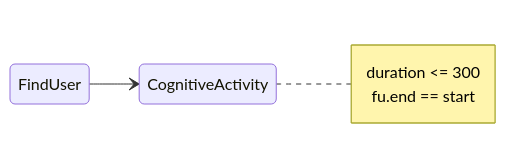
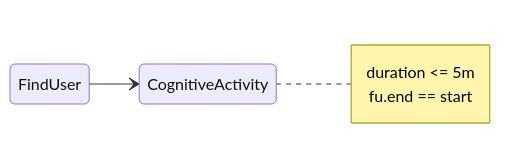
One commit to pstlab/RESTART changed the seventh of 8 diagrams in rules/README.md. Above: the diagram before and after it, drawn with Mermaid. The commit also changed other lines of this file, not shown here.

````diff
--- a/rules/README.md
+++ b/rules/README.md
@@ -106,6 +106,6 @@
 ```mermaid
 stateDiagram-v2
     direction LR
     FindUser --> CognitiveActivity
-    Note right of CognitiveActivity: duration <= 300<br/>fu.end == start
+    Note right of CognitiveActivity: duration <= 5m<br/>fu.end == start
 ```
````
